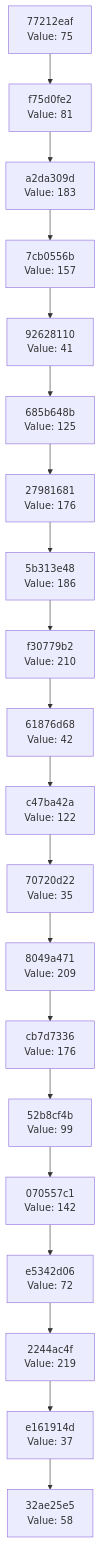
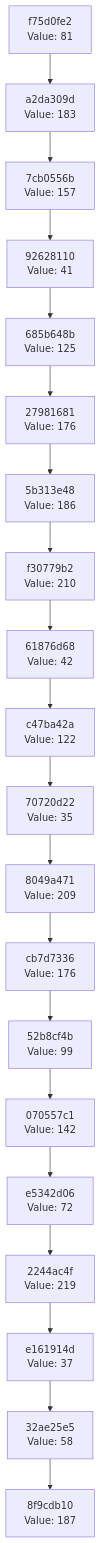
The diagram in docs/CHAIN_VISUALIZATION.md (Abhisheksinha1506/hash-chain-evolver), drawn with Mermaid before and after one commit. The commit also changed 2 other files, not shown here.

Commit message:
Evolution Step

````diff
--- a/docs/CHAIN_VISUALIZATION.md
+++ b/docs/CHAIN_VISUALIZATION.md
@@ -3,42 +3,42 @@
 ```mermaid
 graph TD
-    C0["32ae25e5<br/>Value: 58"]
-    C1["e161914d<br/>Value: 37"]
+    C0["8f9cdb10<br/>Value: 187"]
+    C1["32ae25e5<br/>Value: 58"]
     C1 --> C0
-    C2["2244ac4f<br/>Value: 219"]
+    C2["e161914d<br/>Value: 37"]
     C2 --> C1
-    C3["e5342d06<br/>Value: 72"]
+    C3["2244ac4f<br/>Value: 219"]
     C3 --> C2
-    C4["070557c1<br/>Value: 142"]
+    C4["e5342d06<br/>Value: 72"]
     C4 --> C3
-    C5["52b8cf4b<br/>Value: 99"]
+    C5["070557c1<br/>Value: 142"]
     C5 --> C4
-    C6["cb7d7336<br/>Value: 176"]
+    C6["52b8cf4b<br/>Value: 99"]
     C6 --> C5
-    C7["8049a471<br/>Value: 209"]
+    C7["cb7d7336<br/>Value: 176"]
     C7 --> C6
-    C8["70720d22<br/>Value: 35"]
+    C8["8049a471<br/>Value: 209"]
     C8 --> C7
-    C9["c47ba42a<br/>Value: 122"]
+    C9["70720d22<br/>Value: 35"]
     C9 --> C8
-    C10["61876d68<br/>Value: 42"]
+    C10["c47ba42a<br/>Value: 122"]
     C10 --> C9
-    C11["f30779b2<br/>Value: 210"]
+    C11["61876d68<br/>Value: 42"]
     C11 --> C10
-    C12["5b313e48<br/>Value: 186"]
+    C12["f30779b2<br/>Value: 210"]
     C12 --> C11
-    C13["27981681<br/>Value: 176"]
+    C13["5b313e48<br/>Value: 186"]
     C13 --> C12
-    C14["685b648b<br/>Value: 125"]
+    C14["27981681<br/>Value: 176"]
     C14 --> C13
-    C15["92628110<br/>Value: 41"]
+    C15["685b648b<br/>Value: 125"]
     C15 --> C14
-    C16["7cb0556b<br/>Value: 157"]
+    C16["92628110<br/>Value: 41"]
     C16 --> C15
-    C17["a2da309d<br/>Value: 183"]
+    C17["7cb0556b<br/>Value: 157"]
     C17 --> C16
-    C18["f75d0fe2<br/>Value: 81"]
+    C18["a2da309d<br/>Value: 183"]
     C18 --> C17
-    C19["77212eaf<br/>Value: 75"]
+    C19["f75d0fe2<br/>Value: 81"]
     C19 --> C18
 ```
````
